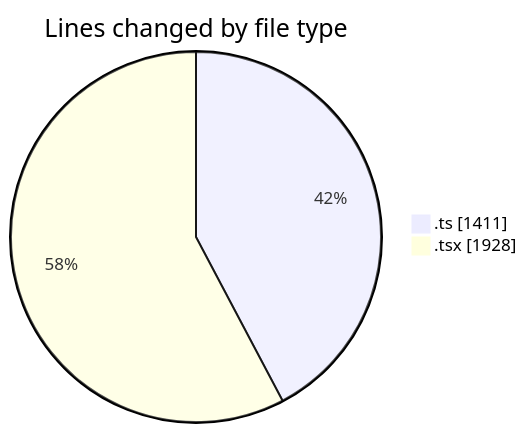
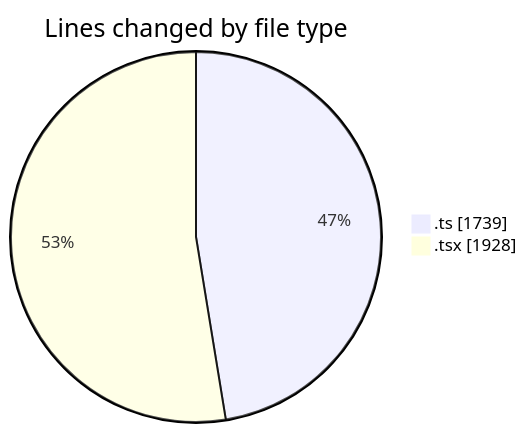
One commit to momahboobian/code-tracking changed the first of 2 diagrams in 2025-07-01/cda/README.md. Above: the diagram before and after it, drawn with Mermaid. The commit also changed other lines of this file and 1 other file, not shown here.

````diff
--- a/2025-07-01/cda/README.md
+++ b/2025-07-01/cda/README.md
@@ -30,6 +31,6 @@
 ```mermaid
 pie showData
 title Lines changed by file type
-".ts" : 1411
+".ts" : 1739
 ".tsx" : 1928
 ```
````
